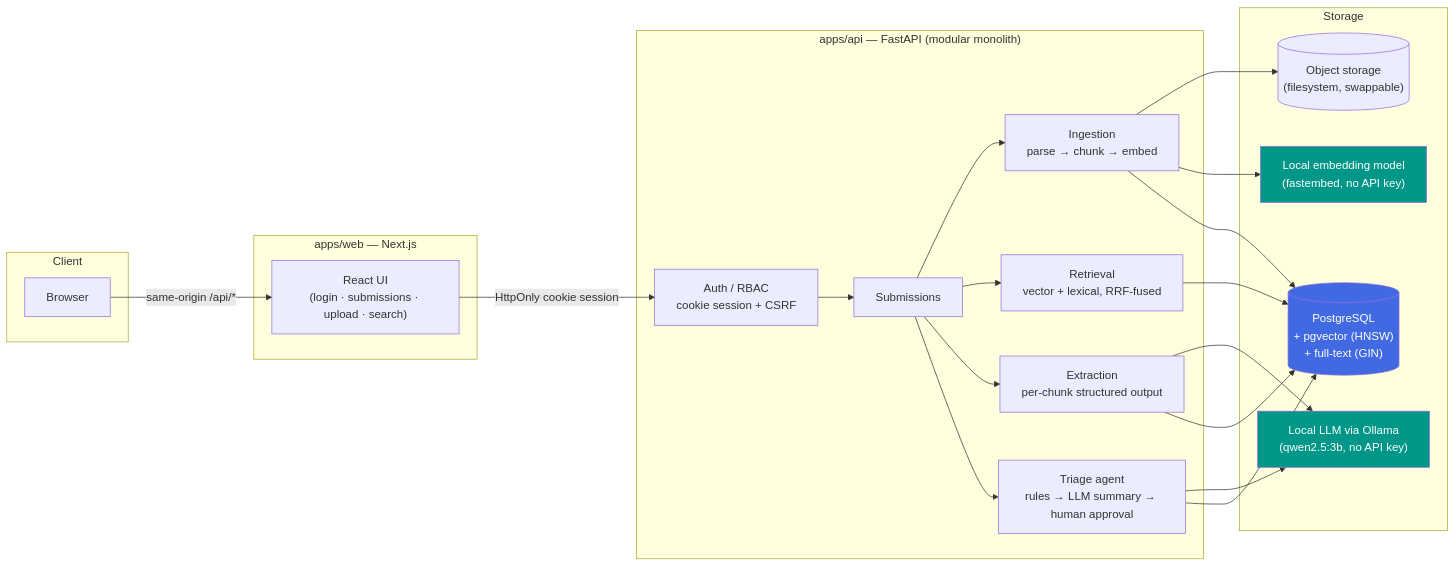
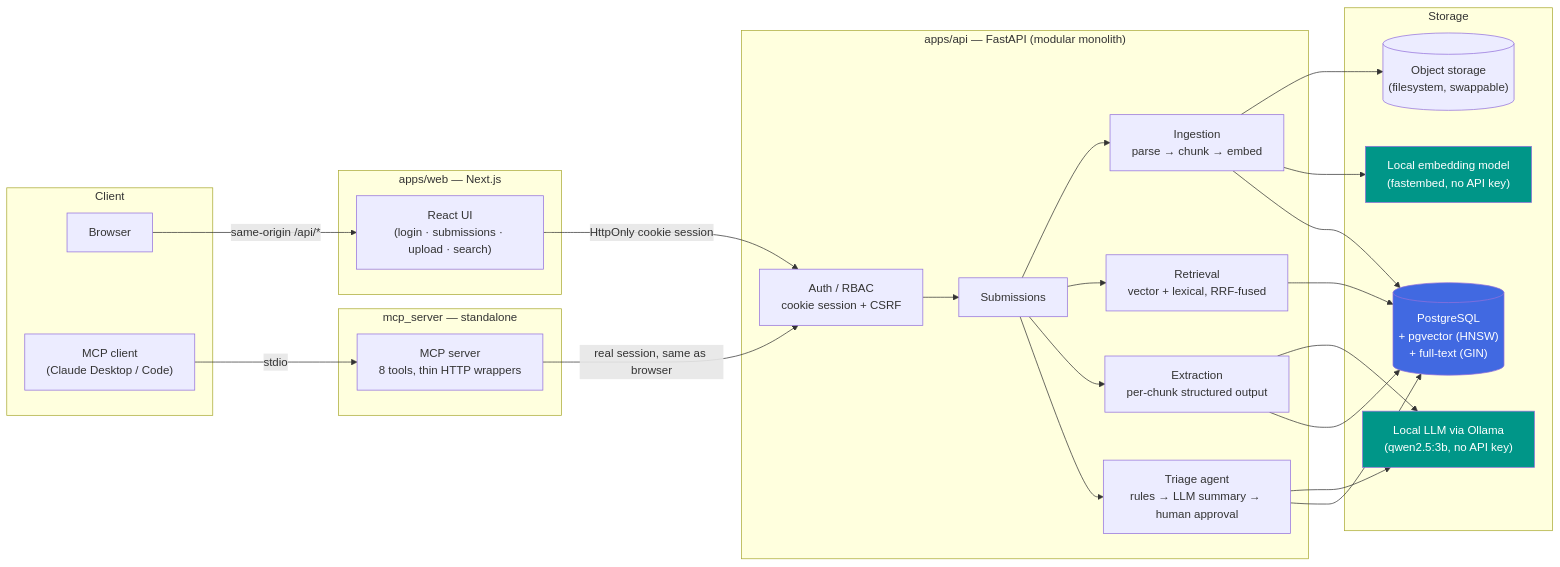
One commit to ngcd04-fa07/enterprise-agent-platform changed the diagram in README.md. Above: the diagram before and after it, drawn with Mermaid. The commit also changed other lines of this file and 9 other files, not shown here.

````diff
--- a/README.md
+++ b/README.md
@@ -36,46 +36,53 @@
 ```mermaid
 flowchart LR
     subgraph Client
         Browser
+        MCPClient["MCP client\n(Claude Desktop / Code)"]
+    end
+
+    subgraph "mcp_server — standalone"
+        MCP["MCP server\n8 tools, thin HTTP wrappers"]
     end
 
     subgraph "apps/web — Next.js"
         UI["React UI\n(login · submissions · upload · search)"]
     end
 
     subgraph "apps/api — FastAPI (modular monolith)"
         Auth["Auth / RBAC\ncookie session + CSRF"]
         Sub["Submissions"]
         Ing["Ingestion\nparse → chunk → embed"]
         Ret["Retrieval\nvector + lexical, RRF-fused"]
         Ext["Extraction\nper-chunk structured output"]
         Agt["Triage agent\nrules → LLM summary → human approval"]
     end
 
     subgraph Storage
         PG[("PostgreSQL\n+ pgvector (HNSW)\n+ full-text (GIN)")]
         FS[("Object storage\n(filesystem, swappable)")]
         EMB["Local embedding model\n(fastembed, no API key)"]
         LLM["Local LLM via Ollama\n(qwen2.5:3b, no API key)"]
     end
 
     Browser -->|"same-origin /api/*"| UI
     UI -->|HttpOnly cookie session| Auth
+    MCPClient -->|stdio| MCP
+    MCP -->|"real session, same as browser"| Auth
     Auth --> Sub
     Sub --> Ing
     Ing --> FS
     Ing --> EMB
     Ing --> PG
     Sub --> Ret
     Ret --> PG
     Sub --> Ext
     Ext --> LLM
     Ext --> PG
     Sub --> Agt
     Agt --> LLM
     Agt --> PG
 
     style PG fill:#4169E1,color:#fff
     style EMB fill:#009688,color:#fff
     style LLM fill:#009688,color:#fff
 ```
````
